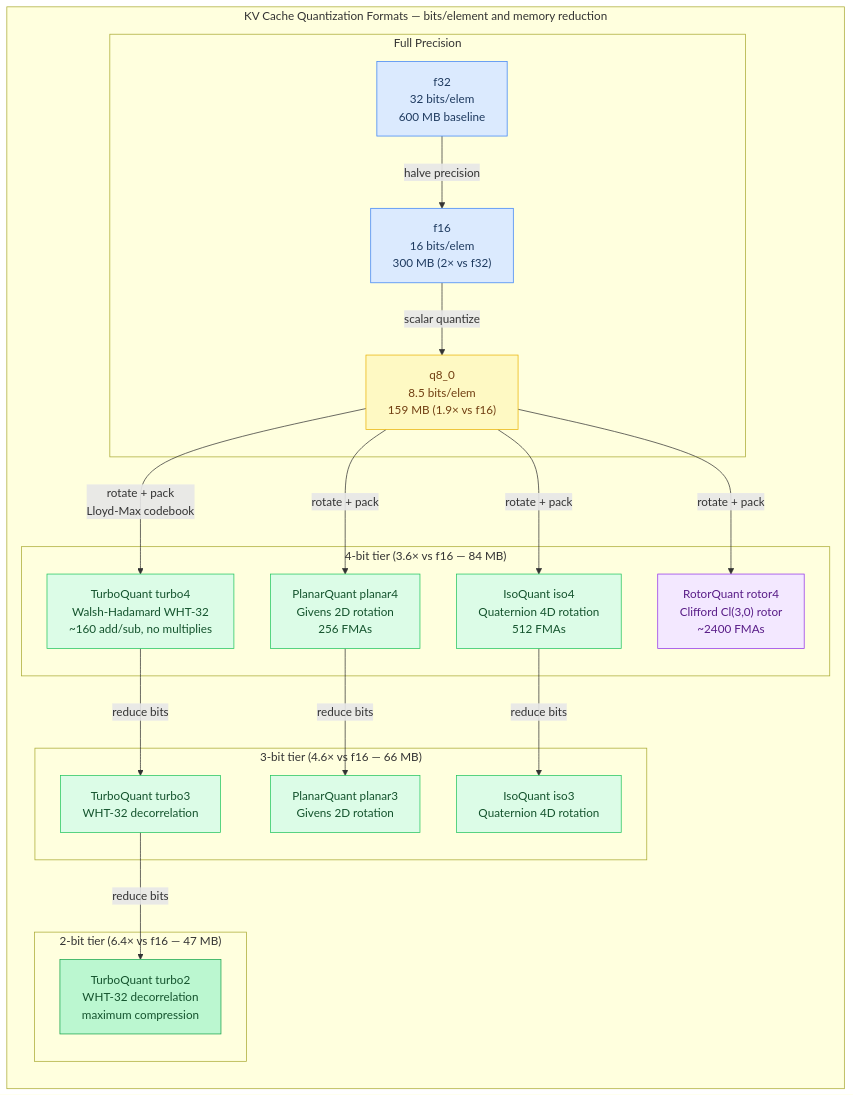
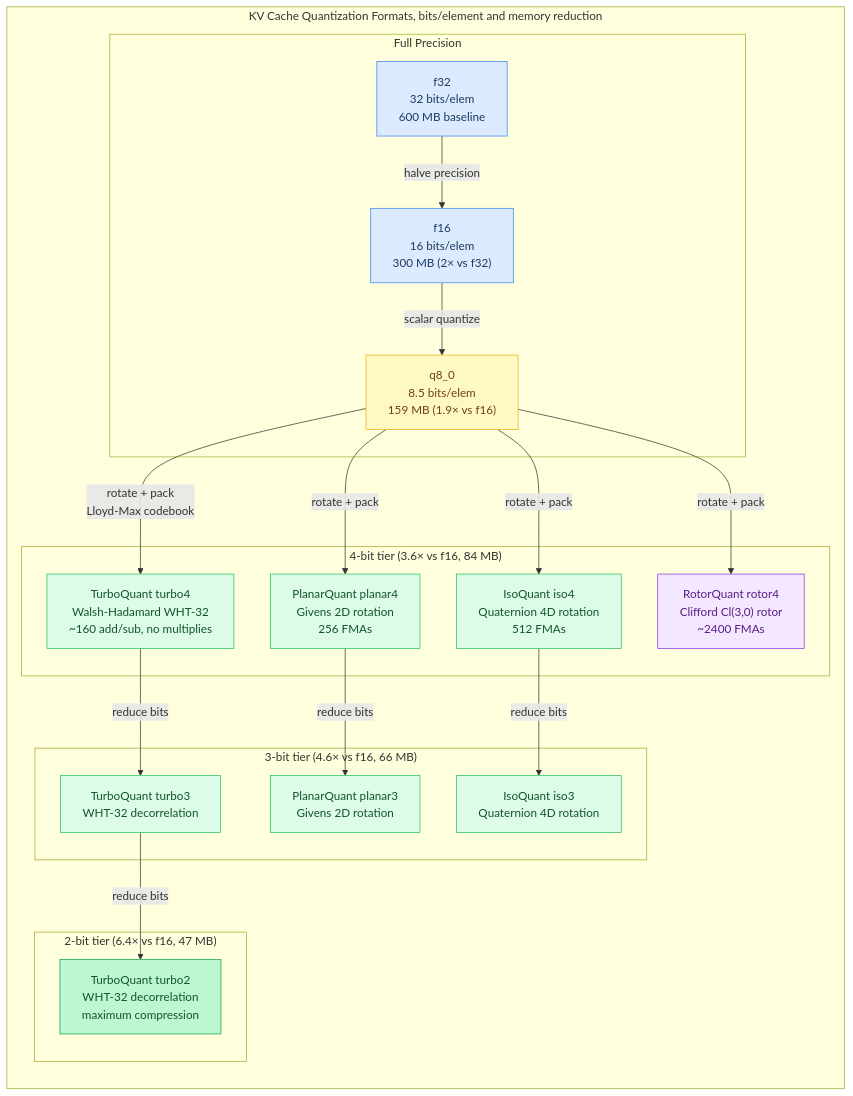
Before and after one commit to maci0/agave: the second of 7 diagrams in docs/tutorial/05-memory-and-caching.md, drawn with Mermaid. The commit also changed other lines of this file and 196 other files, not shown here.

````diff
--- a/docs/tutorial/05-memory-and-caching.md
+++ b/docs/tutorial/05-memory-and-caching.md
@@ -96,59 +96,59 @@
 ```mermaid
 flowchart TB
     classDef setup     fill:#dbeafe,stroke:#3b82f6,color:#1e3a5f
     classDef sync      fill:#dcfce7,stroke:#22c55e,color:#14532d
     classDef migration fill:#fef9c3,stroke:#eab308,color:#713f12
     classDef success   fill:#bbf7d0,stroke:#16a34a,color:#14532d
     classDef danger    fill:#fee2e2,stroke:#ef4444,color:#7f1d1d
     classDef optional  fill:#f3e8ff,stroke:#9333ea,color:#581c87
 
     F32["f32\n32 bits/elem\n600 MB baseline"]:::setup
     F16["f16\n16 bits/elem\n300 MB  (2× vs f32)"]:::setup
     Q8["q8_0\n8.5 bits/elem\n159 MB  (1.9× vs f16)"]:::migration
     TQ4["TurboQuant turbo4\nWalsh-Hadamard WHT-32\n~160 add/sub, no multiplies"]:::sync
     PQ4["PlanarQuant planar4\nGivens 2D rotation\n256 FMAs"]:::sync
     IQ4["IsoQuant iso4\nQuaternion 4D rotation\n512 FMAs"]:::sync
     RQ4["RotorQuant rotor4\nClifford Cl(3,0) rotor\n~2400 FMAs"]:::optional
     TQ3["TurboQuant turbo3\nWHT-32 decorrelation"]:::sync
     PQ3["PlanarQuant planar3\nGivens 2D rotation"]:::sync
     IQ3["IsoQuant iso3\nQuaternion 4D rotation"]:::sync
     TQ2["TurboQuant turbo2\nWHT-32 decorrelation\nmaximum compression"]:::success
 
-    subgraph Formats["KV Cache Quantization Formats — bits/element and memory reduction"]
+    subgraph Formats["KV Cache Quantization Formats, bits/element and memory reduction"]
         direction TB
 
         subgraph Full["Full Precision"]
             F32
             F16
             Q8
         end
 
-        subgraph Turbo4Grp["4-bit tier  (3.6× vs f16 — 84 MB)"]
+        subgraph Turbo4Grp["4-bit tier  (3.6× vs f16, 84 MB)"]
             TQ4
             PQ4
             IQ4
             RQ4
         end
 
-        subgraph Turbo3Grp["3-bit tier  (4.6× vs f16 — 66 MB)"]
+        subgraph Turbo3Grp["3-bit tier  (4.6× vs f16, 66 MB)"]
             TQ3
             PQ3
             IQ3
         end
 
-        subgraph Turbo2Grp["2-bit tier  (6.4× vs f16 — 47 MB)"]
+        subgraph Turbo2Grp["2-bit tier  (6.4× vs f16, 47 MB)"]
             TQ2
         end
     end
 
     F32 -->|"halve precision"| F16
     F16 -->|"scalar quantize"| Q8
     Q8 -->|"rotate + pack\nLloyd-Max codebook"| TQ4
     Q8 -->|"rotate + pack"| PQ4
     Q8 -->|"rotate + pack"| IQ4
     Q8 -->|"rotate + pack"| RQ4
     TQ4 -->|"reduce bits"| TQ3
     PQ4 -->|"reduce bits"| PQ3
     IQ4 -->|"reduce bits"| IQ3
     TQ3 -->|"reduce bits"| TQ2
 ```
````
